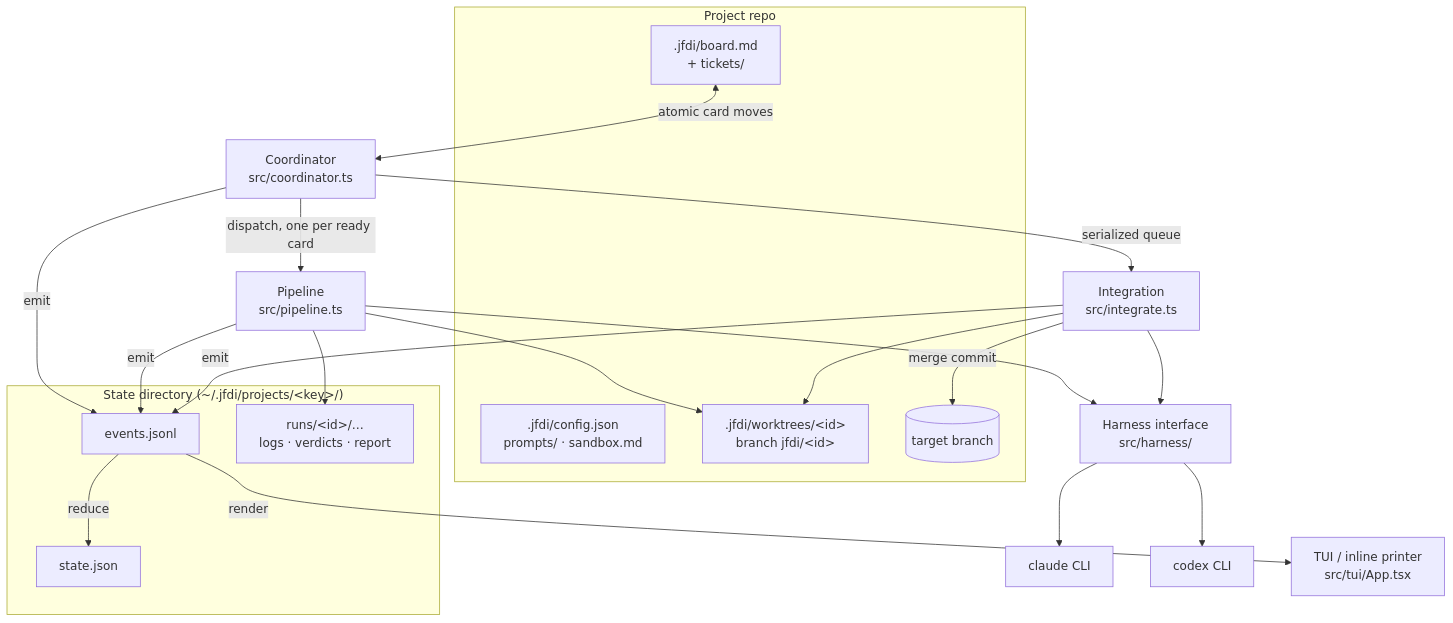
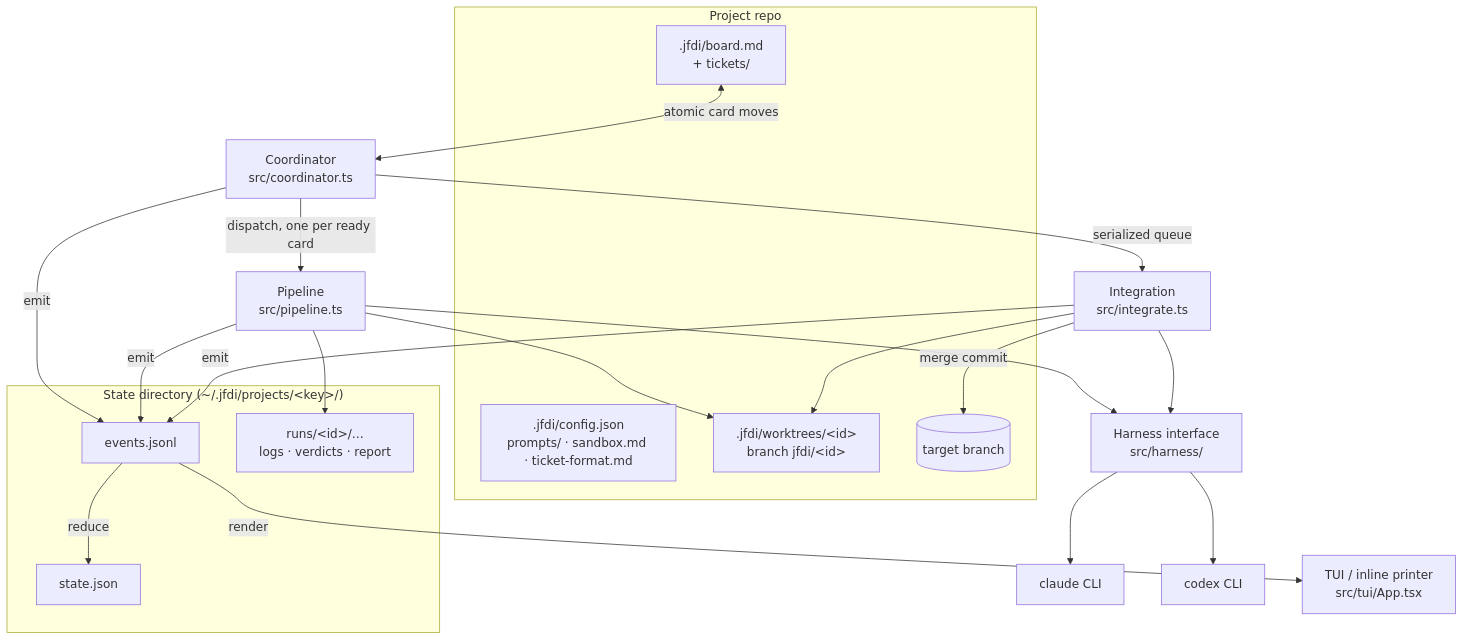
The first of 2 diagrams in docs/architecture/overview.md (rdaruszka/jfdi), drawn with Mermaid before and after one commit. The commit also changed other lines of this file and 20 other files, not shown here.

````diff
--- a/docs/architecture/overview.md
+++ b/docs/architecture/overview.md
@@ -24,40 +24,40 @@
 ```mermaid
 flowchart TB
     subgraph project [Project repo]
         BOARD[".jfdi/board.md<br/>+ tickets/"]
-        CONFIG[".jfdi/config.json<br/>prompts/ · sandbox.md"]
+        CONFIG[".jfdi/config.json<br/>prompts/ · sandbox.md · ticket-format.md"]
         WT[".jfdi/worktrees/&lt;id&gt;<br/>branch jfdi/&lt;id&gt;"]
         TARGET[(target branch)]
     end
 
     subgraph statedir ["State directory (~/.jfdi/projects/&lt;key&gt;/)"]
         EV[events.jsonl]
         SNAP[state.json]
         RUNS[runs/&lt;id&gt;/…<br/>logs · verdicts · report]
     end
 
     COORD[Coordinator<br/>src/coordinator.ts]
     PIPE[Pipeline<br/>src/pipeline.ts]
     INT[Integration<br/>src/integrate.ts]
     HARNESS[Harness interface<br/>src/harness/]
     CLI_A[claude CLI]
     CLI_B[codex CLI]
     TUI[TUI / inline printer<br/>src/tui/App.tsx]
 
     BOARD <-->|atomic card moves| COORD
     COORD -->|dispatch, one per ready card| PIPE
     COORD -->|serialized queue| INT
     PIPE --> HARNESS
     INT --> HARNESS
     HARNESS --> CLI_A
     HARNESS --> CLI_B
     PIPE --> WT
     INT --> WT
     INT -->|merge commit| TARGET
     COORD -->|emit| EV
     PIPE -->|emit| EV
     INT -->|emit| EV
     EV -->|reduce| SNAP
     EV -->|render| TUI
     PIPE --> RUNS
 ```
````
